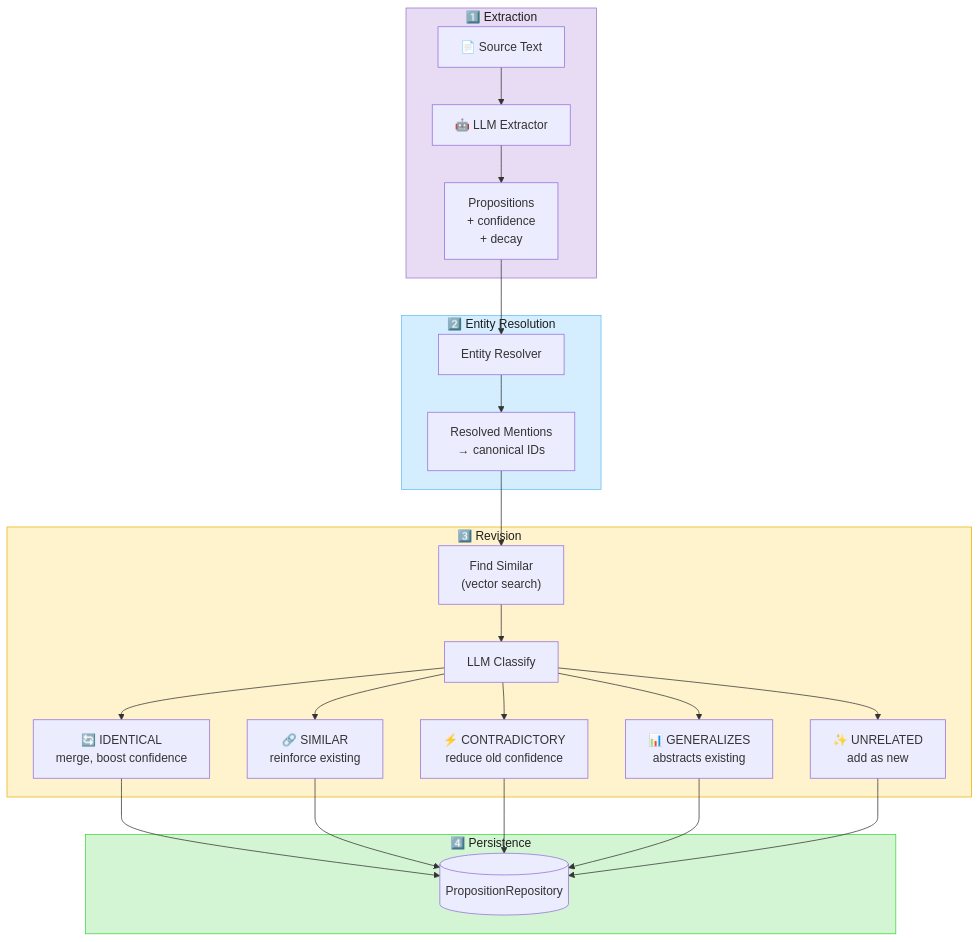
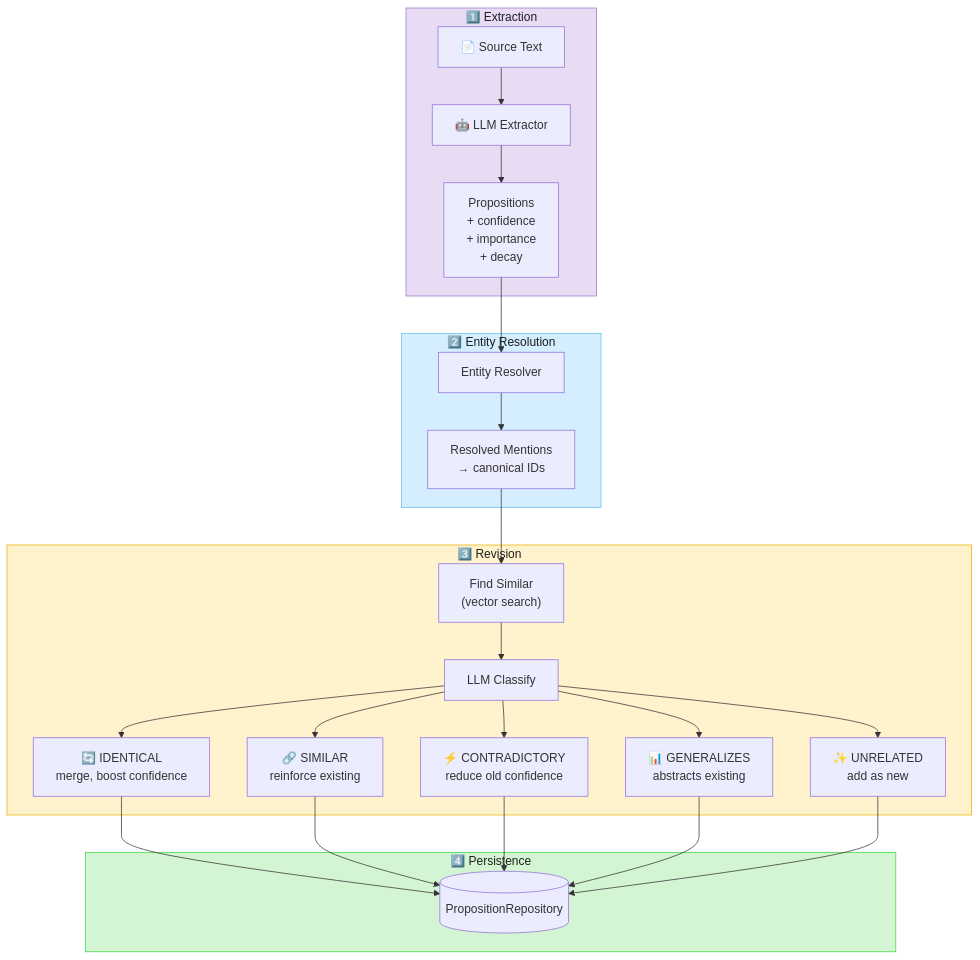
One commit to embabel/dice changed the second of 14 diagrams in README.md. Above: the diagram before and after it, drawn with Mermaid. The commit also changed other lines of this file, not shown here.

````diff
--- a/README.md
+++ b/README.md
@@ -162,36 +162,36 @@
 ```mermaid
 flowchart TB
     subgraph Extraction["1️⃣ Extraction"]
         Text["📄 Source Text"] --> LLM["🤖 LLM Extractor"]
-        LLM --> Props["Propositions<br/>+ confidence<br/>+ decay"]
+        LLM --> Props["Propositions<br/>+ confidence<br/>+ importance<br/>+ decay"]
     end
 
     subgraph Resolution["2️⃣ Entity Resolution"]
         Props --> ER["Entity Resolver"]
         ER --> Resolved["Resolved Mentions<br/>→ canonical IDs"]
     end
 
     subgraph Revision["3️⃣ Revision"]
         Resolved --> Similar["Find Similar<br/>(vector search)"]
         Similar --> Classify["LLM Classify"]
 
         Classify --> Identical["🔄 IDENTICAL<br/>merge, boost confidence"]
         Classify --> SimilarR["🔗 SIMILAR<br/>reinforce existing"]
         Classify --> Contra["⚡ CONTRADICTORY<br/>reduce old confidence"]
         Classify --> General["📊 GENERALIZES<br/>abstracts existing"]
         Classify --> Unrel["✨ UNRELATED<br/>add as new"]
     end
 
     subgraph Persist["4️⃣ Persistence"]
         Identical --> Repo[("PropositionRepository")]
         SimilarR --> Repo
         Contra --> Repo
         General --> Repo
         Unrel --> Repo
     end
 
     style Extraction fill:#e8dcf4,stroke:#9f77cd,color:#1e1e1e
     style Resolution fill:#d4eeff,stroke:#63c0f5,color:#1e1e1e
     style Revision fill:#fff3cd,stroke:#e9b306,color:#1e1e1e
     style Persist fill:#d4f5d4,stroke:#3fd73c,color:#1e1e1e
 ```
````
